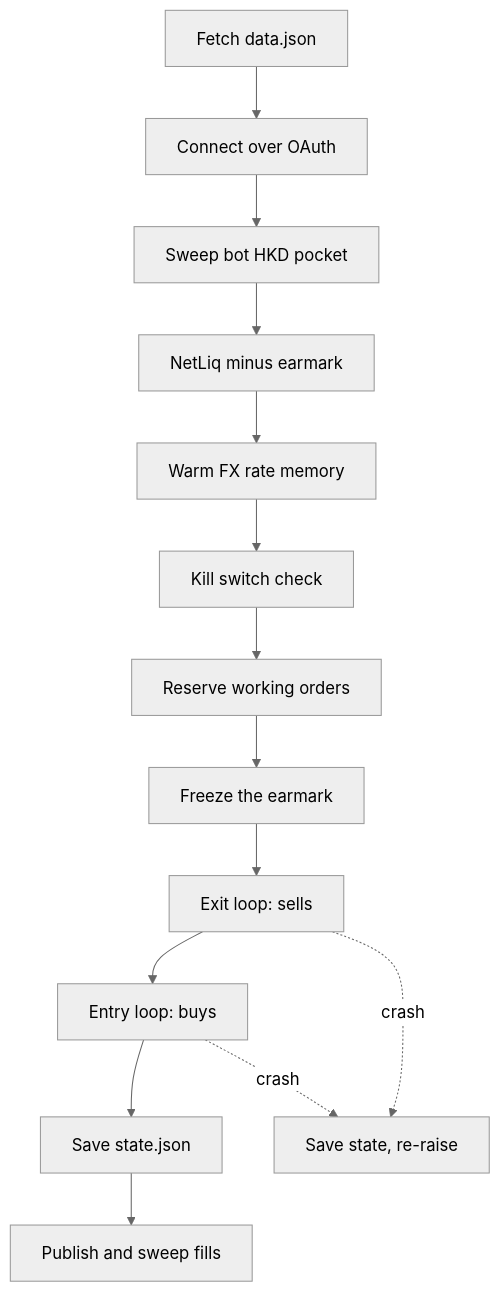
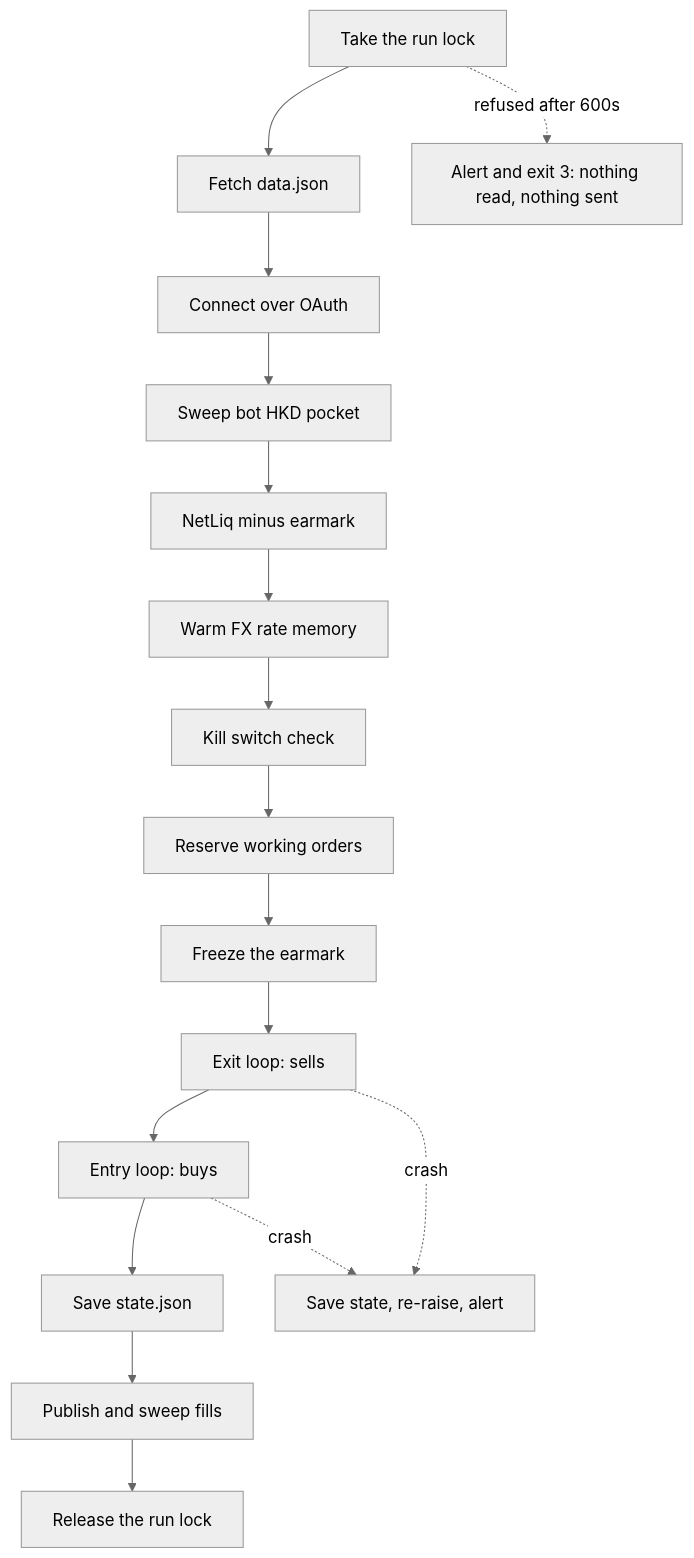
One commit to btctree/multi-product-signals changed the fifth of 20 diagrams in WIKI.md. Above: the diagram before and after it, drawn with Mermaid (neutral theme). The commit also changed other lines of this file and 5 other files, not shown here.

````diff
--- a/WIKI.md
+++ b/WIKI.md
@@ -820,16 +862,19 @@
 ```mermaid
 flowchart TD
-  A[Fetch data.json] --> B[Connect over OAuth]
+  Z[Take the run lock] --> A[Fetch data.json]
+  A --> B[Connect over OAuth]
   B --> C[Sweep bot HKD pocket]
   C --> D[NetLiq minus earmark]
   D --> E[Warm FX rate memory]
   E --> F[Kill switch check]
   F --> G[Reserve working orders]
   G --> H[Freeze the earmark]
   H --> I[Exit loop: sells]
   I --> J[Entry loop: buys]
   J --> K[Save state.json]
   K --> L[Publish and sweep fills]
-  I -. crash .-> M[Save state, re-raise]
+  L --> N[Release the run lock]
+  Z -. refused after 600s .-> P[Alert and exit 3: nothing read, nothing sent]
+  I -. crash .-> M[Save state, re-raise, alert]
   J -. crash .-> M
 ```
````
